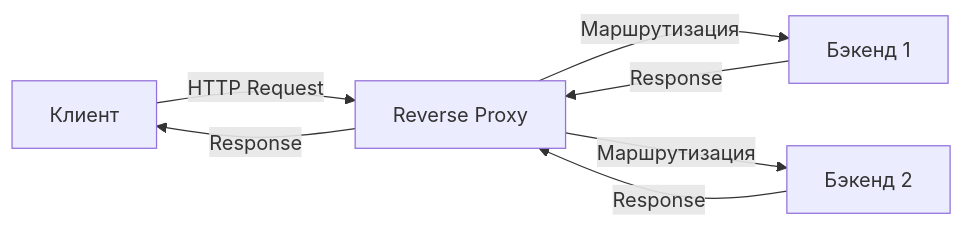
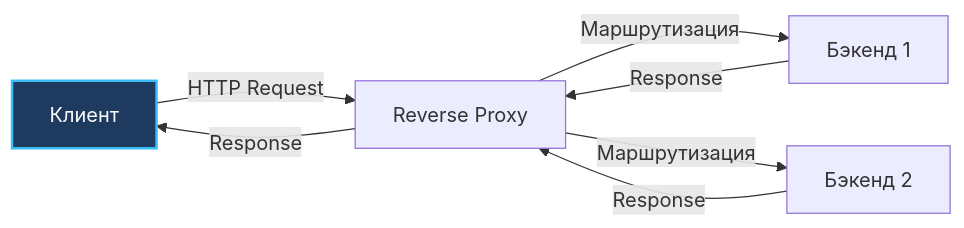
Before and after one commit to UnrealTemplier/go-textbook: the second of 4 diagrams in sources/3. Компьютерные сети и сетевой стек/27. Прокси, Reverse Proxy и API Gateway.md, drawn with Mermaid. The commit also changed other lines of this file and 1666 other files, not shown here.

First line of the commit message:
feat(mermaid): add semantic color classDef to 1369 colorless flowchart/graph diagrams

````diff
--- a/sources/3. Компьютерные сети и сетевой стек/27. Прокси, Reverse Proxy и API Gateway.md
+++ b/sources/3. Компьютерные сети и сетевой стек/27. Прокси, Reverse Proxy и API Gateway.md
@@ -44,9 +54,19 @@
 ```mermaid
 flowchart LR
-    Client["Клиент"] -->|"HTTP Request"| Proxy["Reverse Proxy"]
+    classDef process  fill:#1e293b,stroke:#38bdf8,stroke-width:1px,color:#f8fafc
+    classDef success  fill:#064e3b,stroke:#34d399,stroke-width:1px,color:#f8fafc
+    classDef error    fill:#7f1d1d,stroke:#f87171,stroke-width:1px,color:#f8fafc
+    classDef warning  fill:#78350f,stroke:#fbbf24,stroke-width:1px,color:#f8fafc
+    classDef entry    fill:#1e3a5f,stroke:#38bdf8,stroke-width:2px,color:#f8fafc
+    classDef aux      fill:#334155,stroke:#64748b,stroke-width:1px,color:#f8fafc
+    classDef system   fill:#312e81,stroke:#a78bfa,stroke-width:1px,color:#f8fafc
+    classDef data     fill:#132d29,stroke:#2dd4bf,stroke-width:1px,color:#f8fafc
+    classDef network  fill:#881337,stroke:#fb7185,stroke-width:1px,color:#f8fafc
+    classDef accent   fill:#1e1b4b,stroke:#818cf8,stroke-width:1px,color:#f8fafc
+    Client["Клиент"]:::entry -->|"HTTP Request"| Proxy["Reverse Proxy"]
     Proxy -->|"Маршрутизация"| Backend1["Бэкенд 1"]
     Proxy -->|"Маршрутизация"| Backend2["Бэкенд 2"]
     Backend1 -->|"Response"| Proxy
     Backend2 -->|"Response"| Proxy
     Proxy -->|"Response"| Client
 ```
````
